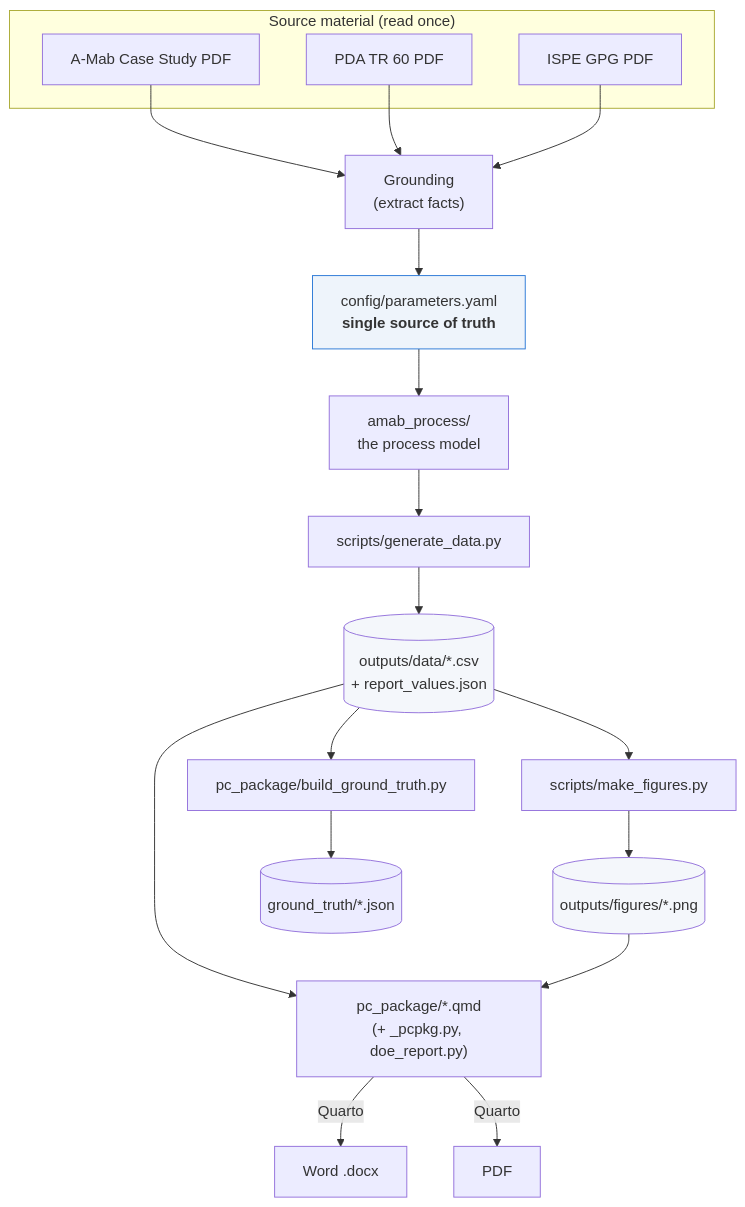
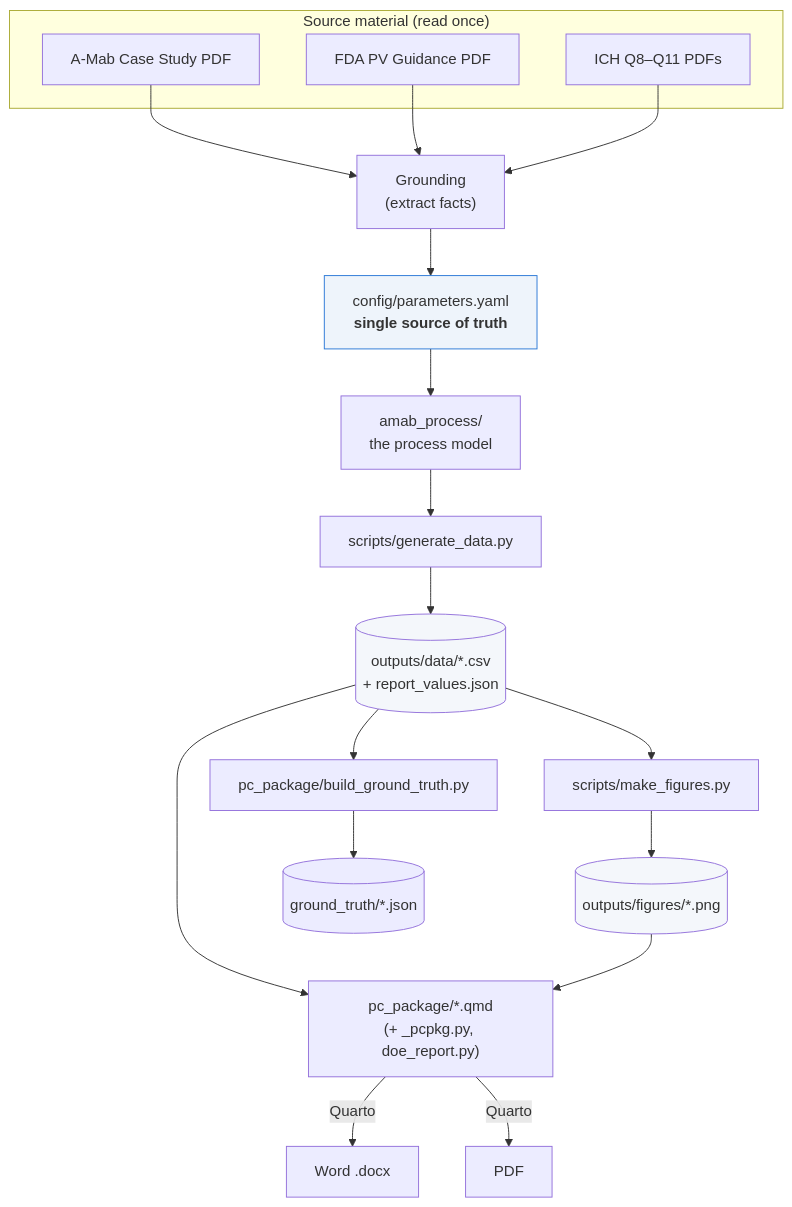
Before and after one commit to MoritzImendoerffer/synthetic_data: the first of 12 diagrams in docs/WORKFLOW.md, drawn with Mermaid. The commit also changed other lines of this file and 49 other files, not shown here.

````diff
--- a/docs/WORKFLOW.md
+++ b/docs/WORKFLOW.md
@@ -61,28 +61,28 @@
 ```mermaid
 flowchart TD
     subgraph SRC["Source material (read once)"]
       P1["A-Mab Case Study PDF"]
-      P2["PDA TR 60 PDF"]
-      P3["ISPE GPG PDF"]
+      P2["FDA PV Guidance PDF"]
+      P3["ICH Q8–Q11 PDFs"]
     end
     P1 & P2 & P3 --> G["Grounding<br/>(extract facts)"]
     G --> CFG["config/parameters.yaml<br/><b>single source of truth</b>"]
 
     CFG --> MODEL["amab_process/<br/>the process model"]
     MODEL --> GEN["scripts/generate_data.py"]
     GEN --> DATA[("outputs/data/*.csv<br/>+ report_values.json")]
 
     DATA --> FIGS["scripts/make_figures.py"]
     FIGS --> PNG[("outputs/figures/*.png")]
 
     DATA --> QMD["pc_package/*.qmd<br/>(+ _pcpkg.py, doe_report.py)"]
     PNG --> QMD
     QMD -->|Quarto| DOCX["Word .docx"]
     QMD -->|Quarto| PDF["PDF"]
     DATA --> GT["pc_package/build_ground_truth.py"]
     GT --> JSON[("ground_truth/*.json")]
 
     style CFG fill:#eef4fb,stroke:#2a78d6
     style DATA fill:#f4f7fb
     style PNG fill:#f4f7fb
 ```
````
